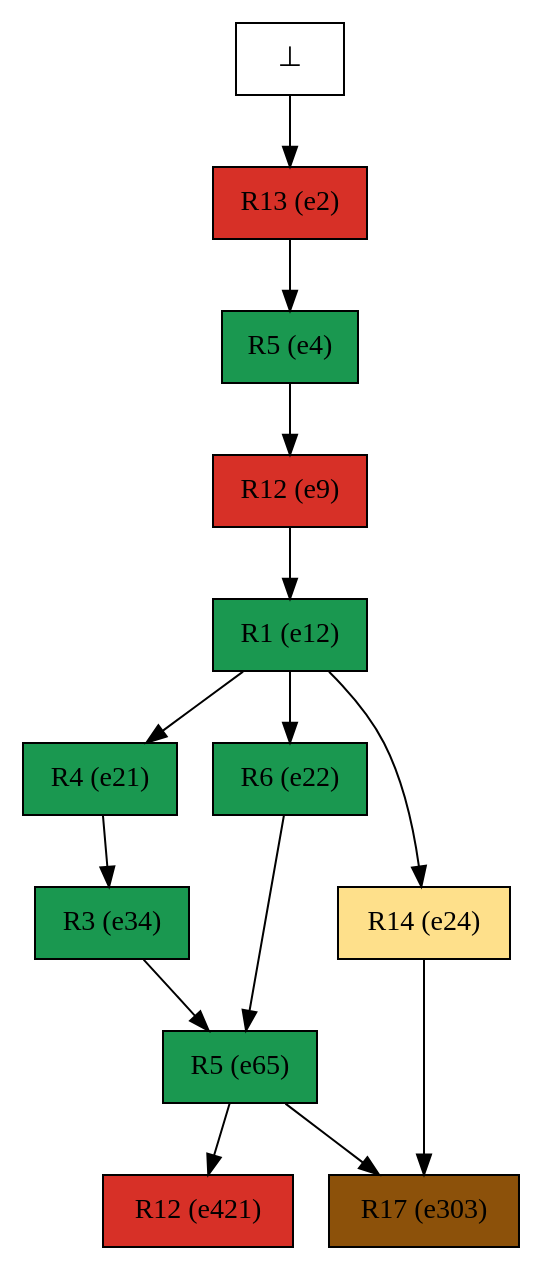
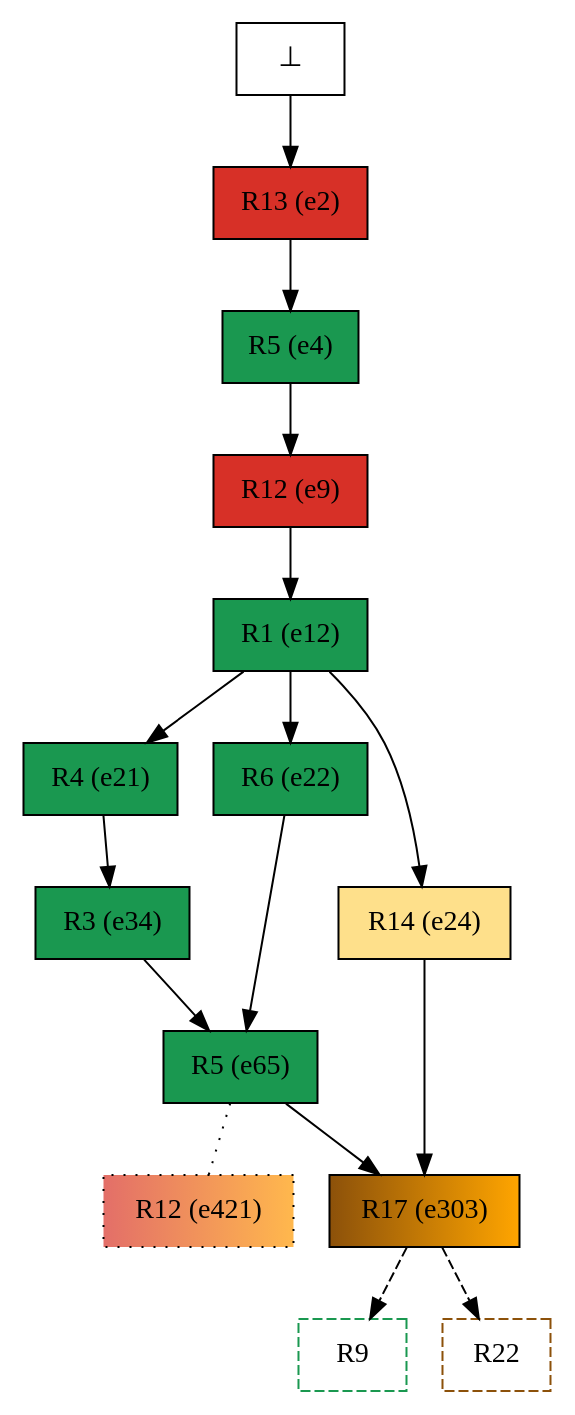
One commit to giannkas/ecofolder changed the diagram in examples/oursin_tasmanie/mrk_instances/alg2urc/mindoo_confs/03_mindoo_conf_colored.dot. Above: the diagram before and after it, drawn with Graphviz. The commit also changed 58 other files, not shown here.

```diff
--- a/examples/oursin_tasmanie/mrk_instances/alg2urc/mindoo_confs/03_mindoo_conf_colored.dot
+++ b/examples/oursin_tasmanie/mrk_instances/alg2urc/mindoo_confs/03_mindoo_conf_colored.dot
@@ -1,27 +1,31 @@
 digraph test {
   e2 -> e4;
   e4 -> e9;
   e9 -> e12;
   e12 -> e21;
   e12 -> e22;
   e12 -> e24;
   e21 -> e34;
   e22 -> e65;
   e34 -> e65;
   e24 -> e303;
   e65 -> e303;
-  e65 -> e421;
+  e65 -> e421 [arrowhead=none style=dotted];
+  e303 -> r9 [color="black" style=dashed];
+  e303 -> r22 [color="black" style=dashed];
   e0 -> e2;
   e2 [color="black" fillcolor="#d73027:#d73027" label="R13 (e2)" shape=box style=filled];
   e4 [color="black" fillcolor="#1a9850:#1a9850" label="R5 (e4)" shape=box style=filled];
   e9 [color="black" fillcolor="#d73027:#d73027" label="R12 (e9)" shape=box style=filled];
   e12 [color="black" fillcolor="#1a9850:#1a9850" label="R1 (e12)" shape=box style=filled];
   e21 [color="black" fillcolor="#1a9850:#1a9850" label="R4 (e21)" shape=box style=filled];
   e22 [color="black" fillcolor="#1a9850:#1a9850" label="R6 (e22)" shape=box style=filled];
   e24 [color="black" fillcolor="#fee08b:#fee08b" label="R14 (e24)" shape=box style=filled];
   e34 [color="black" fillcolor="#1a9850:#1a9850" label="R3 (e34)" shape=box style=filled];
   e65 [color="black" fillcolor="#1a9850:#1a9850" label="R5 (e65)" shape=box style=filled];
-  e303 [color="black" fillcolor="#8c510a:#8c510a" label="R17 (e303)" shape=box style=filled];
-  e421 [color="black" fillcolor="#d73027:#d73027" label="R12 (e421)" shape=box style=filled];
+  e303 [color="black" fillcolor="#8c510a:orange" label="R17 (e303)" shape=box style=filled];
+  e421 [color="black" fillcolor="#d73027b2:#ff9900b2" label="R12 (e421)" shape=box style="filled,dotted"];
   e0 [fillcolor="white" label="⊥" shape=box style=filled];
+  r9 [fillcolor="transparent" color="#1a9850" label=R9 shape=box style=dashed];
+  r22 [fillcolor="transparent" color="#8c510a" label=R22 shape=box style=dashed];
 }
```
